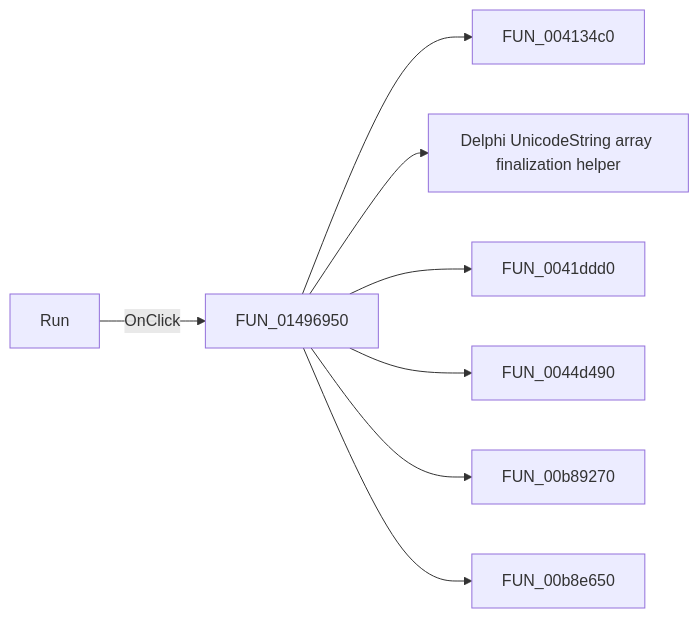
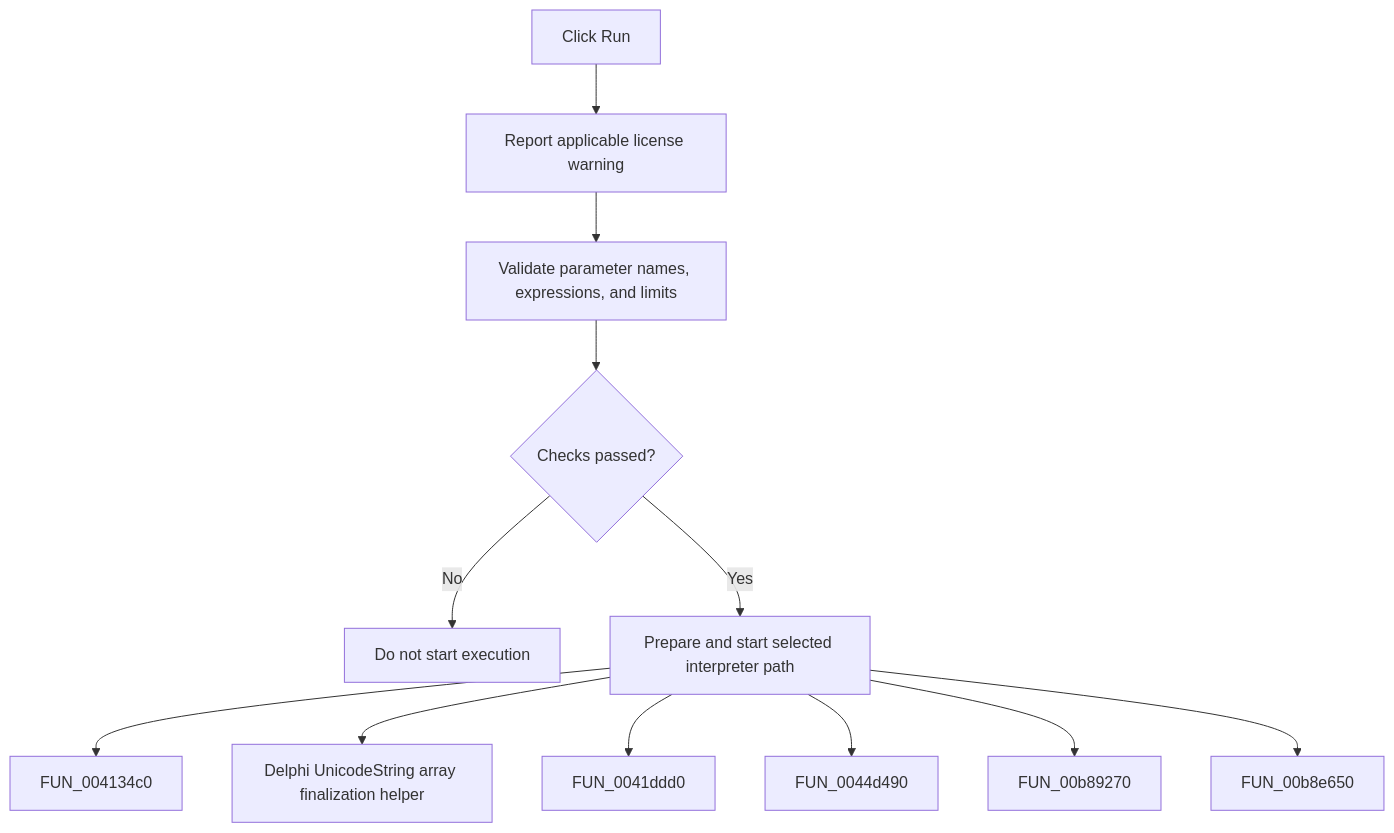
One commit to MovGP0/TIARA changed the diagram in docs/ui-controls/frmdesigntool/sbrun-cbb40025b3.md. Above: the diagram before and after it, drawn with Mermaid. The commit also changed other lines of this file and 387 other files, not shown here.

````diff
--- a/docs/ui-controls/frmdesigntool/sbrun-cbb40025b3.md
+++ b/docs/ui-controls/frmdesigntool/sbrun-cbb40025b3.md
@@ -27,10 +27,14 @@
 ```mermaid
-flowchart LR
-    control["Run"] -->|OnClick| handler["FUN_01496950"]
+flowchart TD
+    control["Click Run"] --> license["Report applicable license warning"]
+    license --> validate["Validate parameter names, expressions, and limits"]
+    validate --> valid{"Checks passed?"}
+    valid -->|No| stop["Do not start execution"]
+    valid -->|Yes| handler["Prepare and start selected interpreter path"]
     handler --> call1["FUN_004134c0"]
     handler --> call2["Delphi UnicodeString array finalization helper"]
     handler --> call3["FUN_0041ddd0"]
     handler --> call4["FUN_0044d490"]
     handler --> call5["FUN_00b89270"]
     handler --> call6["FUN_00b8e650"]
 ```
````
